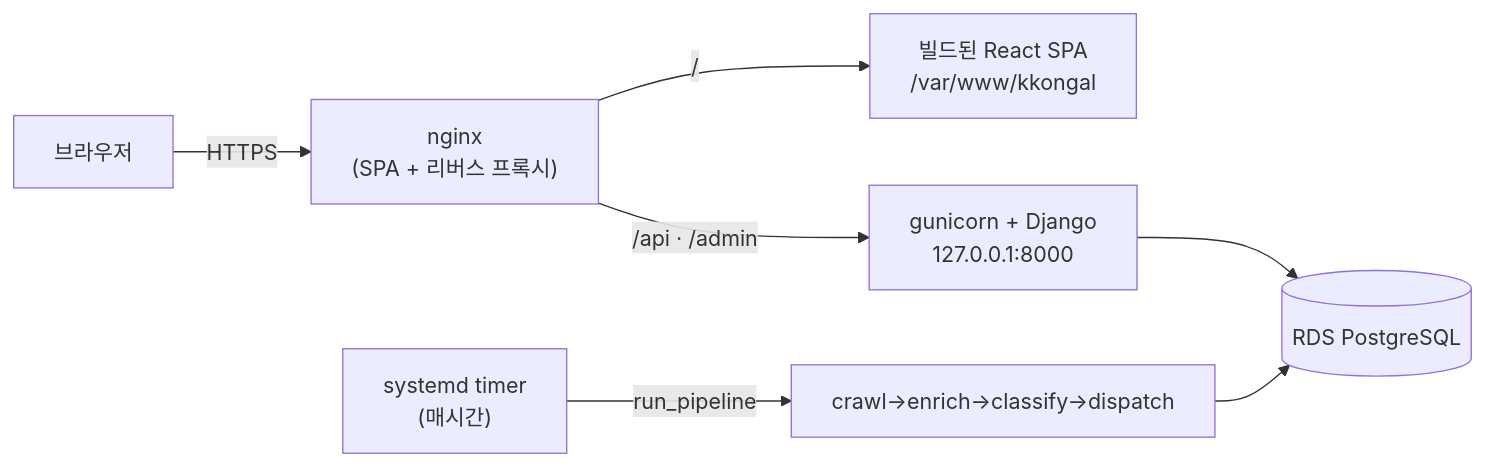
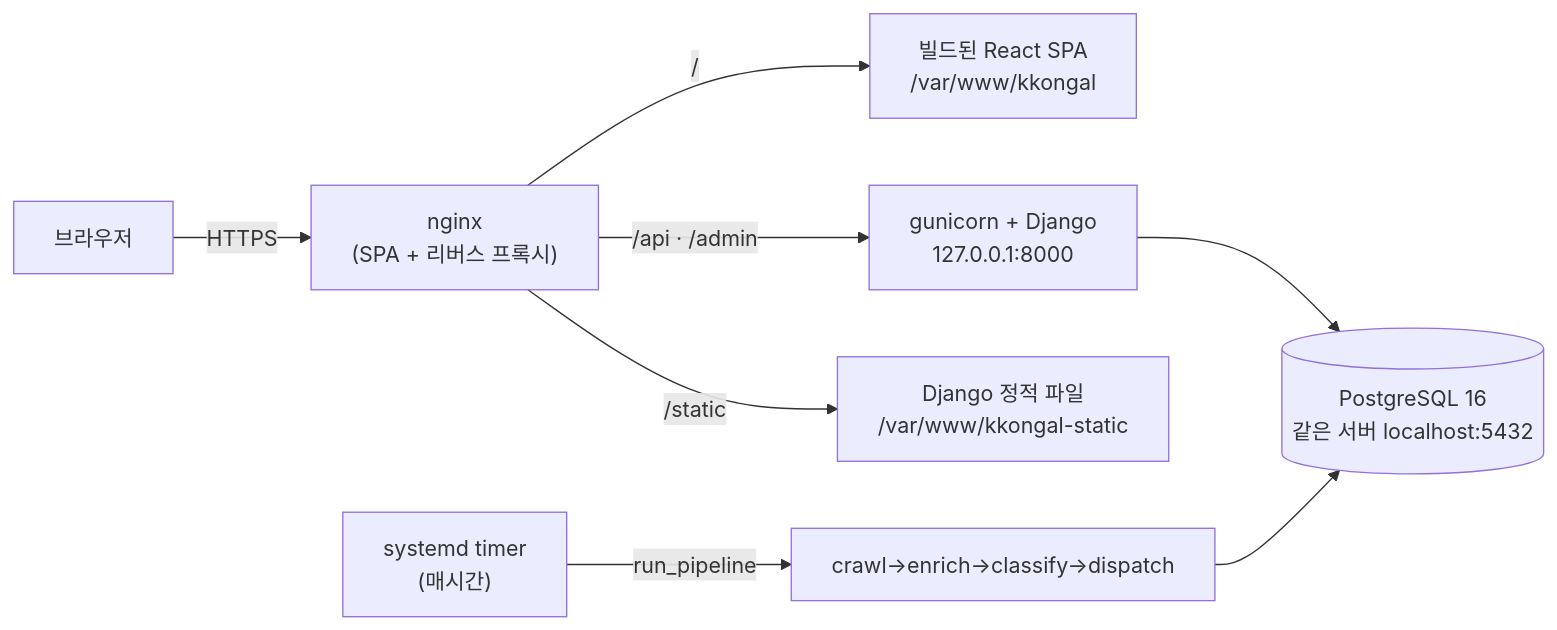
Before and after one commit to yanghyeonseo/kkongal: the diagram in docs/DEPLOY.md, drawn with Mermaid. The commit also changed other lines of this file and 5 other files, not shown here.

````diff
--- a/docs/DEPLOY.md
+++ b/docs/DEPLOY.md
@@ -9,9 +12,10 @@
 ```mermaid
 flowchart LR
     U["브라우저"] -->|HTTPS| N["nginx<br/>(SPA + 리버스 프록시)"]
     N -->|"/"| SPA["빌드된 React SPA<br/>/var/www/kkongal"]
     N -->|"/api · /admin"| G["gunicorn + Django<br/>127.0.0.1:8000"]
-    G --> DB[("RDS PostgreSQL")]
+    N -->|"/static"| S["Django 정적 파일<br/>/var/www/kkongal-static"]
+    G --> DB[("PostgreSQL 16<br/>같은 서버 localhost:5432")]
     T["systemd timer<br/>(매시간)"] -->|run_pipeline| G2["crawl→enrich→classify→dispatch"]
     G2 --> DB
 ```
````
